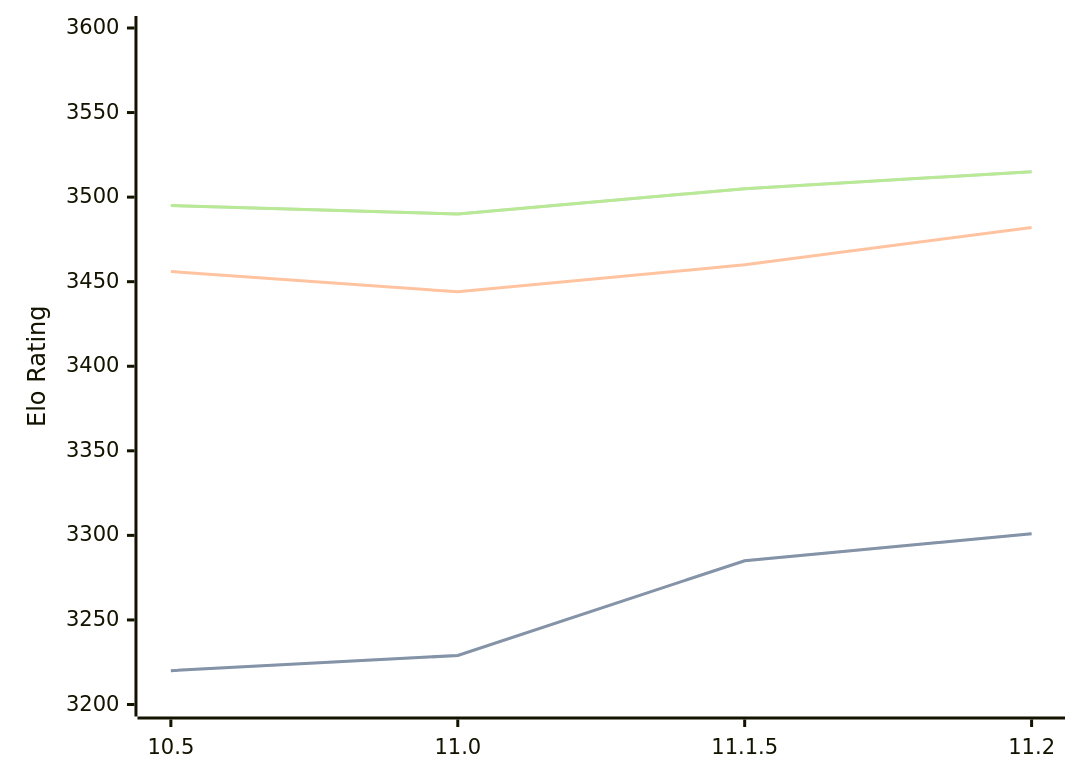
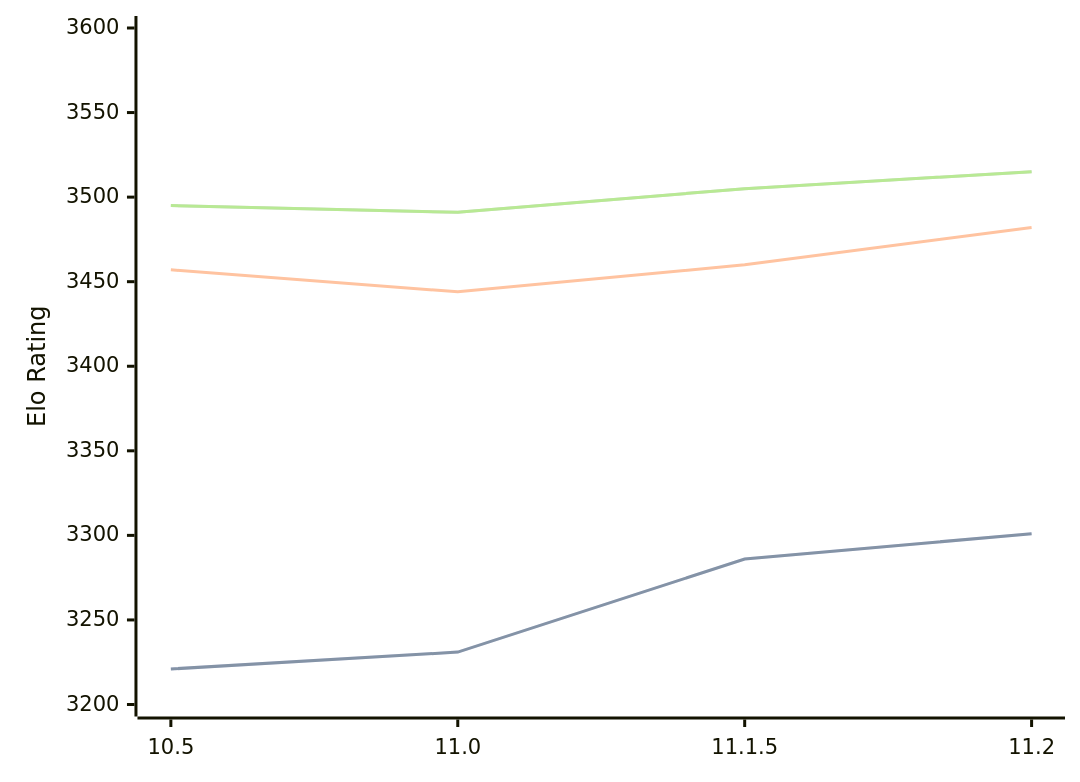
One commit to computer-chess-index/cci changed the diagram in engines/Lizard.md. Above: the diagram before and after it, drawn with Mermaid. The commit also changed other lines of this file, not shown here.

Commit message:
Update CCI Ratings (ELO VLTC) - 2026-08-25

````diff
--- a/engines/Lizard.md
+++ b/engines/Lizard.md
@@ -34,11 +34,11 @@
 ```mermaid
 %%{init: {"theme":"base","themeVariables":{"seriesColors:['#a3a3a3','#222221','#faa371']}}}%%
 xychart-beta
   x-axis ["10.5", "11.0", "11.1.5", "11.2"]
   y-axis "Elo Rating" 3200 --> 3600
-  line "STC (8.0+0.08s)" [3220, 3229, 3285, 3301]
-  line "STC (8.0+0.08s)" [3220, 3229, 3285, 3301]
-  line "LTC (60.0+0.60s)" [3456, 3444, 3460, 3482]
-  line "VLTC (2m24s+1.12s)" [3495, 3490, 3505, 3515]
-  line "VLTC (2m24s+1.12s)" [3495, 3490, 3505, 3515]
+  line "STC (8.0+0.08s)" [3221, 3231, 3286, 3301]
+  line "STC (8.0+0.08s)" [3221, 3231, 3286, 3301]
+  line "LTC (60.0+0.60s)" [3457, 3444, 3460, 3482]
+  line "VLTC (2m24s+1.12s)" [3495, 3491, 3505, 3515]
+  line "VLTC (2m24s+1.12s)" [3495, 3491, 3505, 3515]
 ```
````
